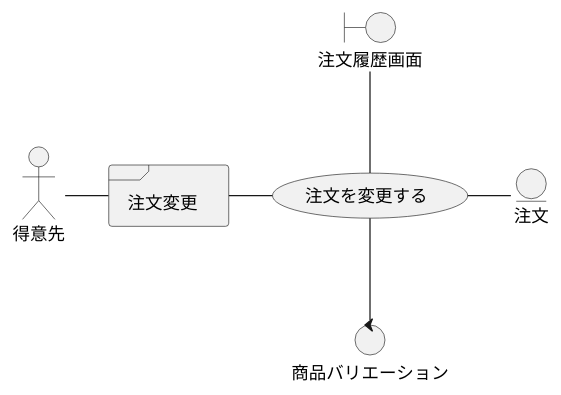
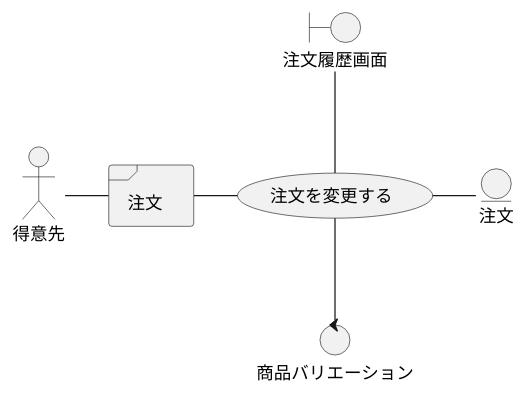
Before and after one commit to k2works/application_programing_excercise_2022: diagram 25 of 49 in docs/index.adoc, drawn with PlantUML. The commit also changed other lines of this file, not shown here.

```diff
--- a/docs/index.adoc
+++ b/docs/index.adoc
@@ -848,16 +858,16 @@
 [plantuml]
 ----
 @startuml
 actor "得意先" as ac_01
-frame "注文変更" as f01
+frame "注文" as f01
 usecase "注文を変更する" as UC1
 boundary "注文履歴画面" as b01
 entity "注文" as e01
 control "商品バリエーション" as c01
 
 ac_01 - f01
 f01 - UC1
 b01 -- UC1
 UC1 - e01
 UC1 -- c01
 ----
```
